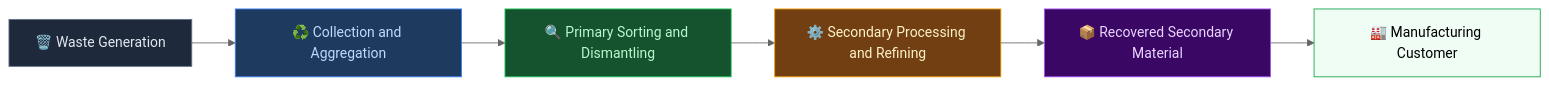
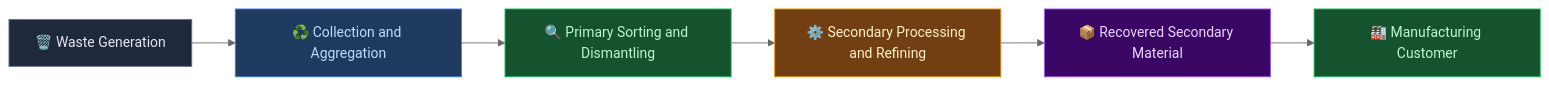
The first of 2 diagrams in Recycling Sector - Value Chain Analysis.md (Anubhavsingh13/Value_chain), drawn with Mermaid (neutral theme) before and after one commit. The commit also changed other lines of this file, not shown here.

````diff
--- a/Recycling Sector - Value Chain Analysis.md
+++ b/Recycling Sector - Value Chain Analysis.md
@@ -20,10 +30,10 @@
 ```mermaid
 flowchart LR
     A["🗑️ Waste Generation"] --> B["♻️ Collection and Aggregation"] --> C["🔍 Primary Sorting and Dismantling"] --> D["⚙️ Secondary Processing and Refining"] --> E["📦 Recovered Secondary Material"] --> F["🏭 Manufacturing Customer"]
     style A fill:#1e293b,stroke:#64748b,color:#e2e8f0
     style B fill:#1e3a5f,stroke:#3b82f6,color:#bfdbfe
     style C fill:#14532d,stroke:#22c55e,color:#bbf7d0
     style D fill:#713f12,stroke:#f59e0b,color:#fef3c7
     style E fill:#3b0764,stroke:#a855f7,color:#e9d5ff
-    style F fill:#f0fdf4,stroke:#16a34a
+    style F fill:#14532d,stroke:#22c55e,color:#bbf7d0
 ```
````
